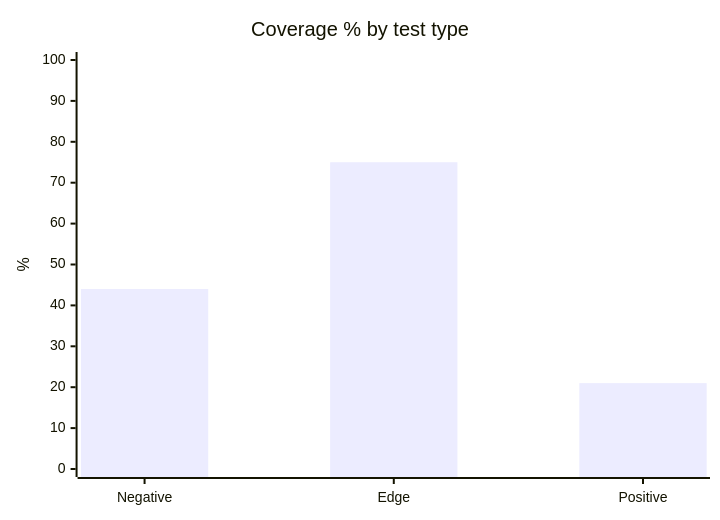
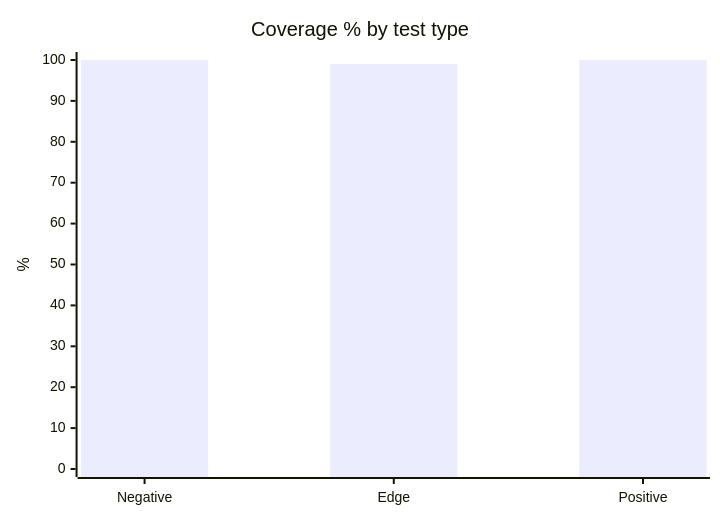
One commit to pauljor/zephyr-automation changed the second of 4 diagrams in automation_coverage_report.md. Above: the diagram before and after it, drawn with Mermaid. The commit also changed other lines of this file, not shown here.

````diff
--- a/automation_coverage_report.md
+++ b/automation_coverage_report.md
@@ -38,7 +38,7 @@
 ```mermaid
 xychart-beta
     title "Coverage % by test type"
     x-axis [Negative, Edge, Positive]
     y-axis "%" 0 --> 100
-    bar [44, 75, 21]
+    bar [100, 99, 100]
 ```
````
